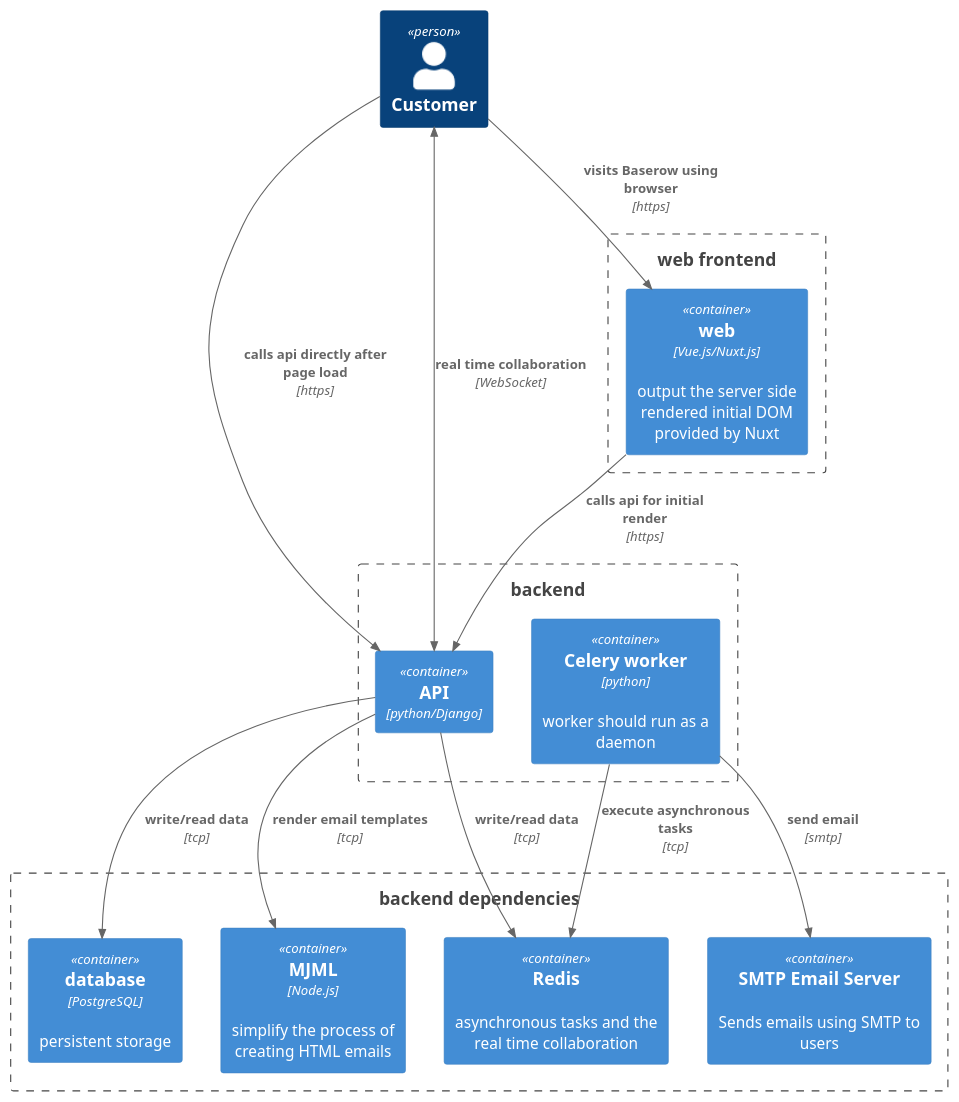
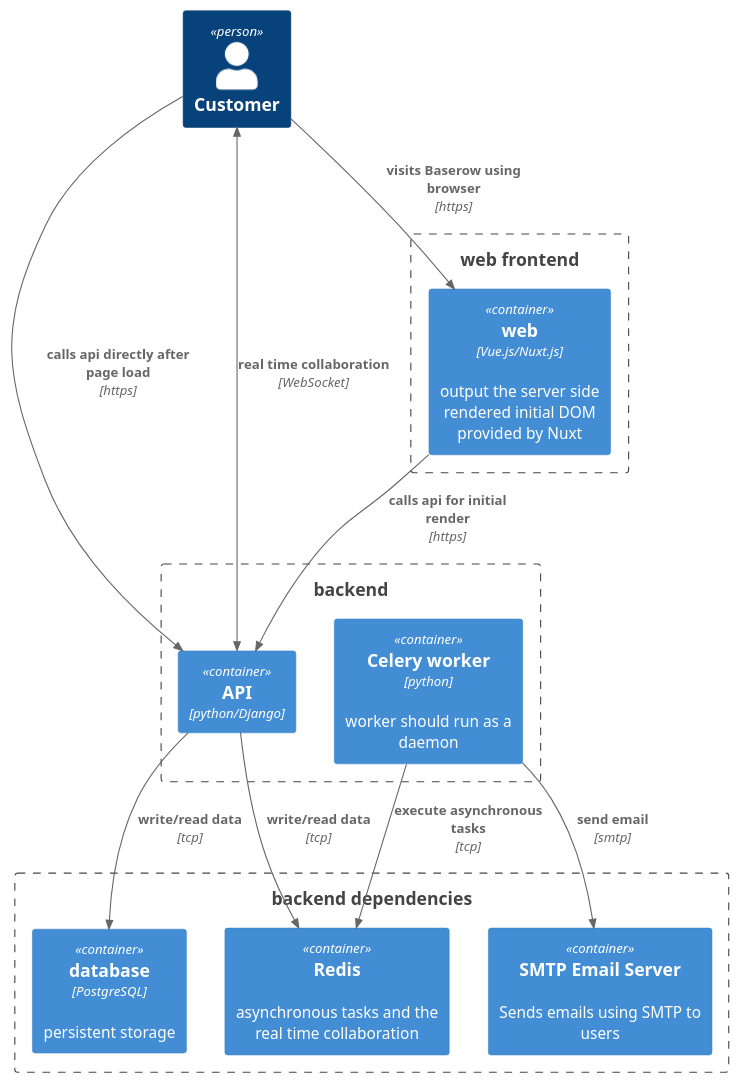
One commit to bram2w/baserow changed the diagram in docs/assets/diagrams/server-architecture.puml. Above: the diagram before and after it, drawn with PlantUML. The commit also changed 32 other files, not shown here.

Commit message:
pre-compile mjml email templates and delete runtime mjml-tcpserver for enhanced security, reduced architectural complexity and faster/simpler email setup.

```diff
--- a/docs/assets/diagrams/server-architecture.puml
+++ b/docs/assets/diagrams/server-architecture.puml
@@ -1,32 +1,30 @@
 @startuml
 !includeurl https://raw.githubusercontent.com/RicardoNiepel/C4-PlantUML/master/C4_Container.puml
 ' Visit http://www.plantuml.com/ and paste in this document to edit and re-render.
 
 Person(customer, "Customer")
 
 
 Boundary(boundary0, "backend") {
     Container(api, "API", "python/Django", "")
     Container(worker, "Celery worker", "python", "worker should run as a daemon")
 }
 Boundary(boundary1, "web frontend") {
     Container(webfrontend, "web", "Vue.js/Nuxt.js", "output the server side rendered initial DOM provided by Nuxt")
 }
 Boundary(boundary2, "backend dependencies") {
     Container(db, "database", "PostgreSQL", "persistent storage")
-    Container(mjml, "MJML", "Node.js", "simplify the process of creating HTML emails")
     Container(redis, "Redis", "", "asynchronous tasks and the real time collaboration")
     Container(smtp_server, "SMTP Email Server", "", "Sends emails using SMTP to users")
 }
 
 
 Rel(customer, webfrontend, "visits Baserow using browser", "https")
 Rel(webfrontend, api, "calls api for initial render", "https")
 Rel(customer, api, "calls api directly after page load", "https")
 Rel(api, db, "write/read data", "tcp")
 Rel(api, redis, "write/read data", "tcp")
 Rel(worker, redis, "execute asynchronous tasks", "tcp")
 Rel(worker, smtp_server, "send email", "smtp")
-Rel(api, mjml, "render email templates", "tcp")
 BiRel(customer, api, "real time collaboration", "WebSocket")
 @enduml
```
